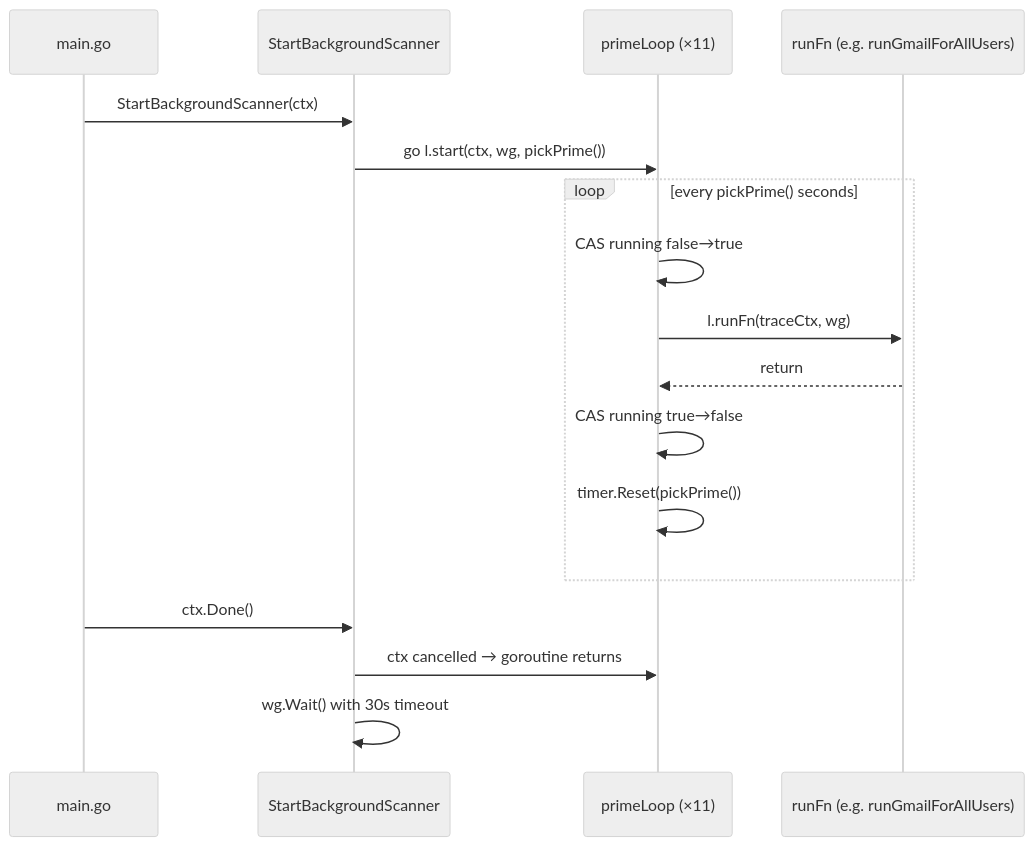
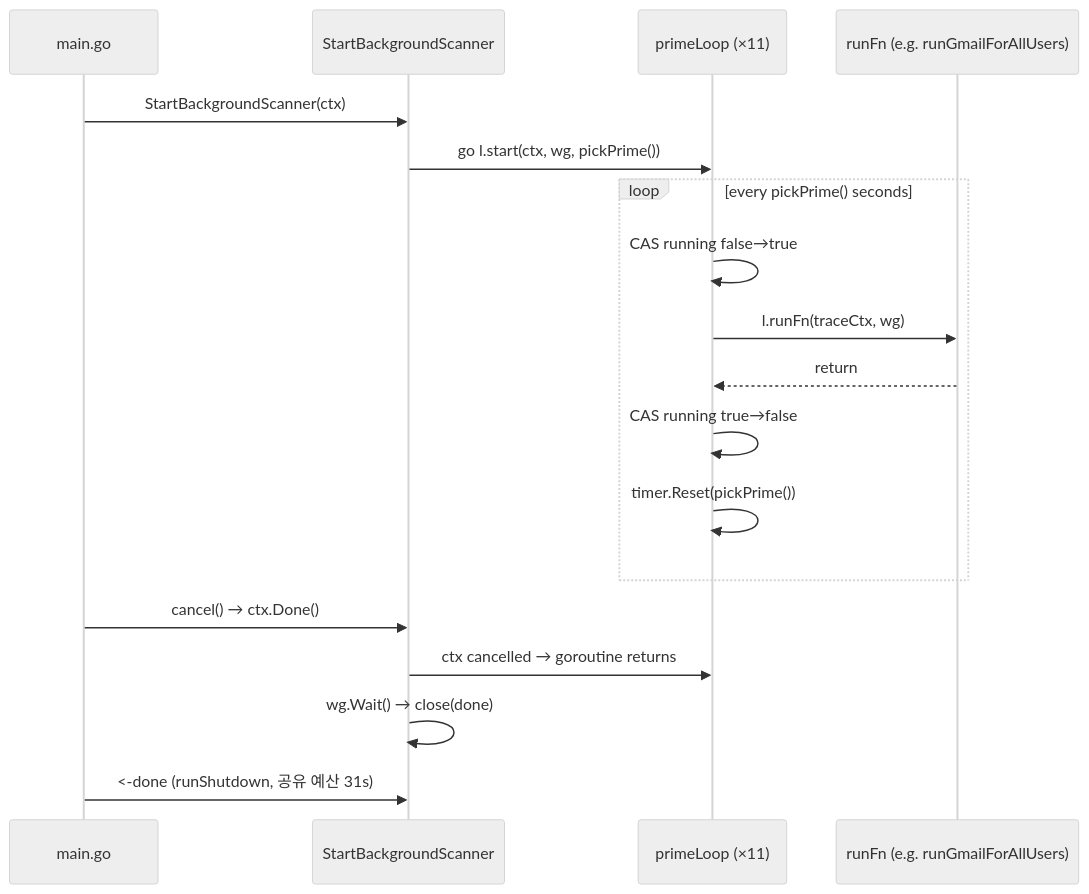
Before and after one commit to JaejinSong/message-consolidator: the first of 2 diagrams in docs/comprehensive/06-scanner-pipeline.md, drawn with Mermaid (neutral theme). The commit also changed other lines of this file and 4 other files, not shown here.

Commit message:
docs: describe the five-step shutdown and the scanner done channel

````diff
--- a/docs/comprehensive/06-scanner-pipeline.md
+++ b/docs/comprehensive/06-scanner-pipeline.md
@@ -45,20 +45,21 @@
 ```mermaid
 sequenceDiagram
     participant M as main.go
     participant S as StartBackgroundScanner
     participant PL as primeLoop (×11)
     participant RF as runFn (e.g. runGmailForAllUsers)
 
     M->>S: StartBackgroundScanner(ctx)
     S->>PL: go l.start(ctx, wg, pickPrime())
     loop every pickPrime() seconds
         PL->>PL: CAS running false→true
         PL->>RF: l.runFn(traceCtx, wg)
         RF-->>PL: return
         PL->>PL: CAS running true→false
         PL->>PL: timer.Reset(pickPrime())
     end
-    M->>S: ctx.Done()
+    M->>S: cancel() → ctx.Done()
     S->>PL: ctx cancelled → goroutine returns
-    S->>S: wg.Wait() with 30s timeout
+    S->>S: wg.Wait() → close(done)
+    M->>S: <-done (runShutdown, 공유 예산 31s)
 ```
````
